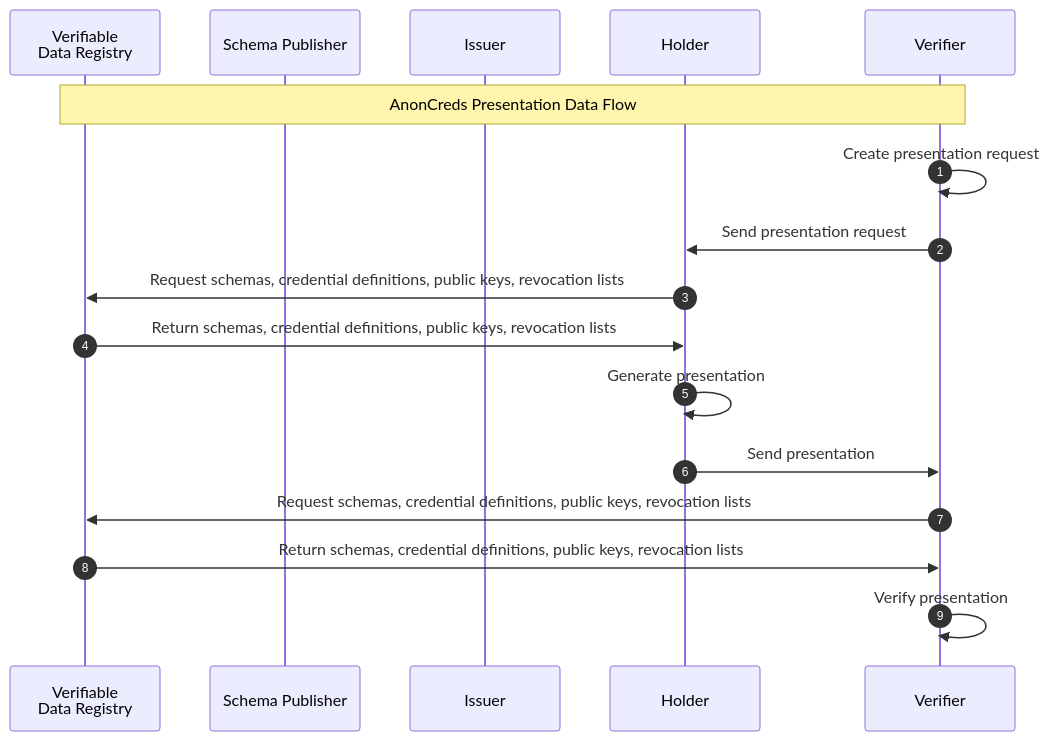
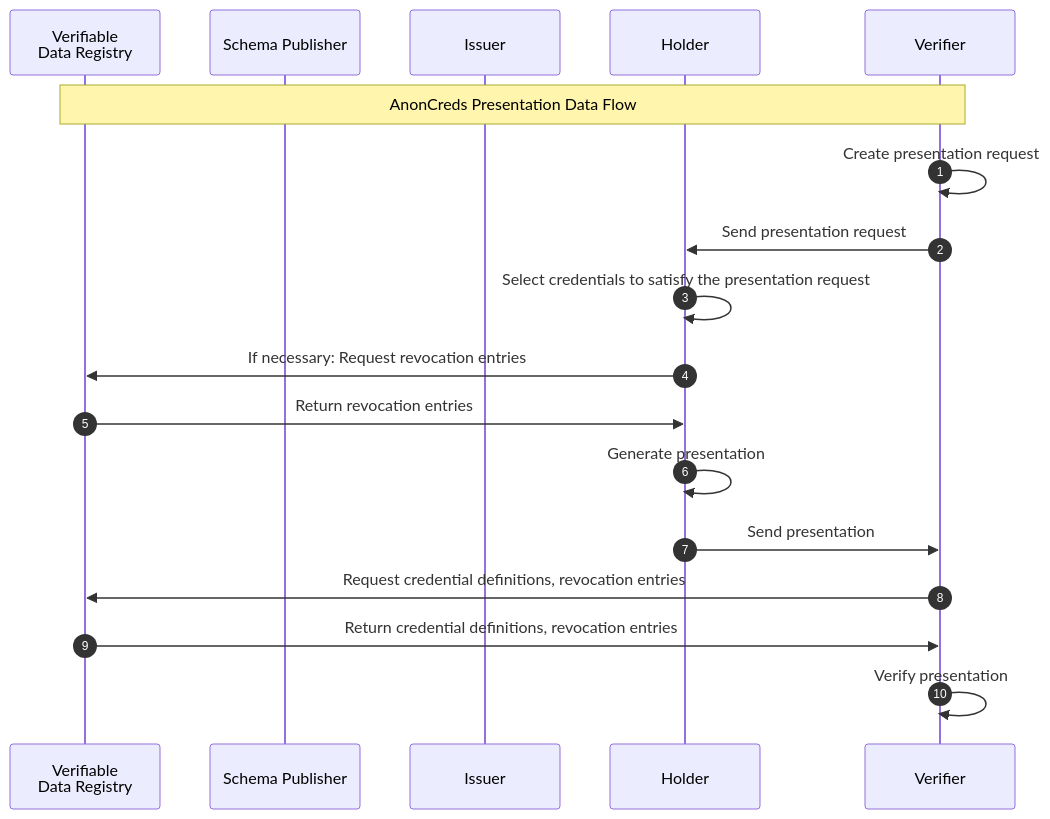
Before and after one commit to hyperledger/anoncreds-spec: the diagram in spec/data_flow_presentation_overview.md, drawn with Mermaid. The commit also changed other lines of this file and 1 other file, not shown here.

Commit message:
Update presentation request section, including removing WQL

````diff
--- a/spec/data_flow_presentation_overview.md
+++ b/spec/data_flow_presentation_overview.md
@@ -3,19 +3,20 @@
 ```mermaid
 sequenceDiagram
     autonumber
     participant L as Verifiable<br>Data Registry
     participant SP as Schema Publisher
     participant I as Issuer
     participant H as Holder   
     participant V as Verifier 
     Note over L, V: AnonCreds Presentation Data Flow
     V->>V: Create presentation request
     V->>H: Send presentation request
-    H->>L: Request schemas, credential definitions, public keys, revocation lists  
-    L->>H: Return schemas, credential definitions, public keys, revocation lists  
+    H->>H: Select credentials to satisfy the presentation request
+    H->>L: If necessary: Request revocation entries  
+    L->>H: Return revocation entries  
     H->>H: Generate presentation
     H->>V: Send presentation
-    V->>L: Request schemas, credential definitions, public keys, revocation lists  
-    L->>V: Return schemas, credential definitions, public keys, revocation lists  
+    V->>L: Request credential definitions, revocation entries  
+    L->>V: Return credential definitions, revocation entries  
     V->>V: Verify presentation
 ```
````
